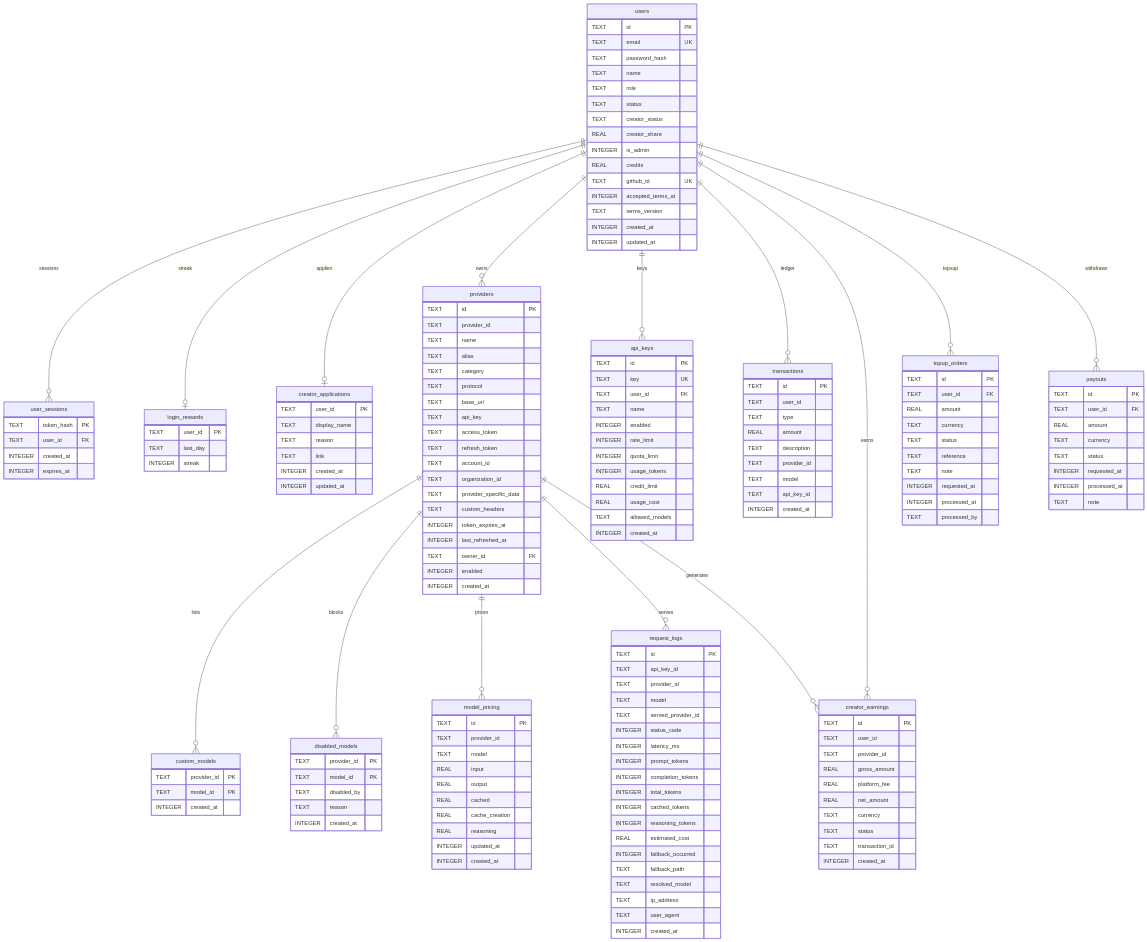
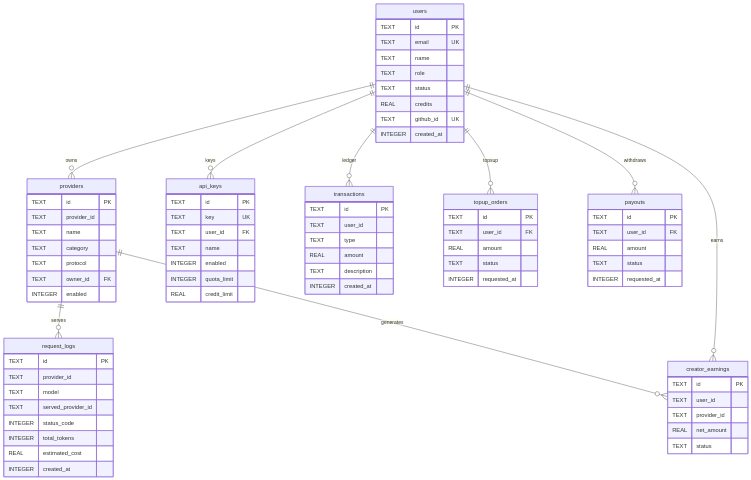
The second of 4 diagrams in README.md (qwetls/xeygate), drawn with Mermaid before and after one commit. The commit also changed other lines of this file, not shown here.

Commit message:
fix: drastically simplify ER and marketplace Mermaid diagrams for GitHub
ER: cut from 14 entities/190 lines to 8 core entities/84 lines
Marketplace: remove subgraph wrapper, compact to 19 lines
GitHub renderer has strict size limits on Mermaid blocks.

````diff
--- a/README.md
+++ b/README.md
@@ -247,63 +247,22 @@
     users {
         TEXT id PK
         TEXT email UK
-        TEXT password_hash
         TEXT name
         TEXT role
         TEXT status
-        TEXT creator_status
-        REAL creator_share
-        INTEGER is_admin
         REAL credits
         TEXT github_id UK
-        INTEGER accepted_terms_at
-        TEXT terms_version
         INTEGER created_at
-        INTEGER updated_at
-    }
-
-    user_sessions {
-        TEXT token_hash PK
-        TEXT user_id FK
-        INTEGER created_at
-        INTEGER expires_at
-    }
-
-    login_rewards {
-        TEXT user_id PK
-        TEXT last_day
-        INTEGER streak
-    }
-
-    creator_applications {
-        TEXT user_id PK
-        TEXT display_name
-        TEXT reason
-        TEXT link
-        INTEGER created_at
-        INTEGER updated_at
     }
 
     providers {
         TEXT id PK
         TEXT provider_id
         TEXT name
-        TEXT alias
         TEXT category
         TEXT protocol
-        TEXT base_url
-        TEXT api_key
-        TEXT access_token
-        TEXT refresh_token
-        TEXT account_id
-        TEXT organization_id
-        TEXT provider_specific_data
-        TEXT custom_headers
-        INTEGER token_expires_at
-        INTEGER last_refreshed_at
         TEXT owner_id FK
         INTEGER enabled
-        INTEGER created_at
     }
 
     api_keys {
@@ -312,61 +271,18 @@
         TEXT user_id FK
         TEXT name
         INTEGER enabled
-        INTEGER rate_limit
         INTEGER quota_limit
-        INTEGER usage_tokens
         REAL credit_limit
-        REAL usage_cost
-        TEXT allowed_models
-        INTEGER created_at
-    }
-
-    custom_models {
-        TEXT provider_id PK
-        TEXT model_id PK
-        INTEGER created_at
-    }
-
-    disabled_models {
-        TEXT provider_id PK
-        TEXT model_id PK
-        TEXT disabled_by
-        TEXT reason
-        INTEGER created_at
-    }
-
-    model_pricing {
-        TEXT id PK
-        TEXT provider_id
-        TEXT model
-        REAL input
-        REAL output
-        REAL cached
-        REAL cache_creation
-        REAL reasoning
-        INTEGER updated_at
-        INTEGER created_at
     }
 
     request_logs {
         TEXT id PK
-        TEXT api_key_id
         TEXT provider_id
         TEXT model
         TEXT served_provider_id
         INTEGER status_code
-        INTEGER latency_ms
-        INTEGER prompt_tokens
-        INTEGER completion_tokens
         INTEGER total_tokens
-        INTEGER cached_tokens
-        INTEGER reasoning_tokens
         REAL estimated_cost
-        INTEGER fallback_occurred
-        TEXT fallback_path
-        TEXT resolved_model
-        TEXT ip_address
-        TEXT user_agent
         INTEGER created_at
     }
 
@@ -376,22 +292,6 @@
         TEXT type
         REAL amount
         TEXT description
-        TEXT provider_id
-        TEXT model
-        TEXT api_key_id
-        INTEGER created_at
-    }
-
-    creator_earnings {
-        TEXT id PK
-        TEXT user_id
-        TEXT provider_id
-        REAL gross_amount
-        REAL platform_fee
-        REAL net_amount
-        TEXT currency
-        TEXT status
-        TEXT transaction_id
         INTEGER created_at
     }
 
@@ -399,38 +299,32 @@
         TEXT id PK
         TEXT user_id FK
         REAL amount
-        TEXT currency
         TEXT status
-        TEXT reference
-        TEXT note
         INTEGER requested_at
-        INTEGER processed_at
-        TEXT processed_by
     }
 
     payouts {
         TEXT id PK
         TEXT user_id FK
         REAL amount
-        TEXT currency
         TEXT status
         INTEGER requested_at
-        INTEGER processed_at
-        TEXT note
     }
 
-    users ||--o{ user_sessions : sessions
-    users ||--o| login_rewards : streak
-    users ||--o| creator_applications : applies
+    creator_earnings {
+        TEXT id PK
+        TEXT user_id
+        TEXT provider_id
+        REAL net_amount
+        TEXT status
+    }
+
     users ||--o{ providers : owns
     users ||--o{ api_keys : keys
     users ||--o{ transactions : ledger
-    users ||--o{ creator_earnings : earns
     users ||--o{ topup_orders : topsup
     users ||--o{ payouts : withdraws
-    providers ||--o{ custom_models : lists
-    providers ||--o{ disabled_models : blocks
-    providers ||--o{ model_pricing : prices
+    users ||--o{ creator_earnings : earns
     providers ||--o{ request_logs : serves
     providers ||--o{ creator_earnings : generates
 ```
````
